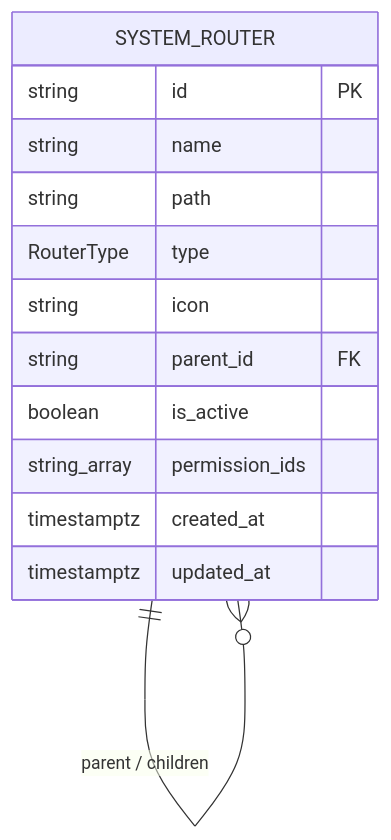
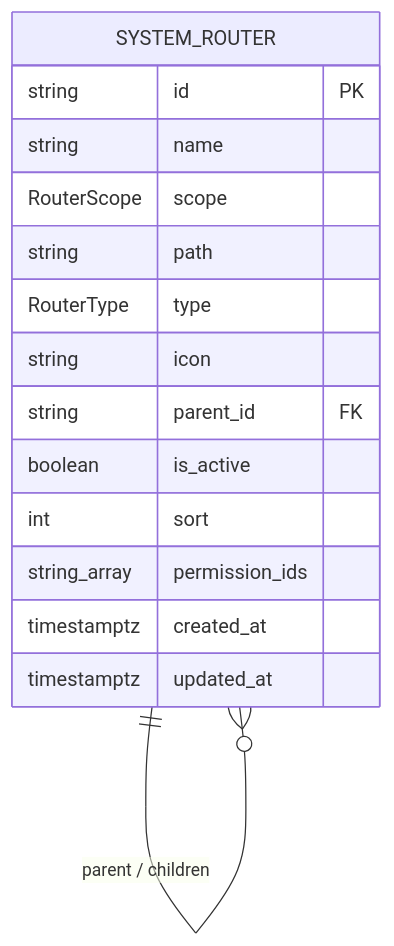
One commit to CaiBaoCaiBao/portal changed the third of 3 diagrams in doc/system-primary-design.md. Above: the diagram before and after it, drawn with Mermaid. The commit also changed other lines of this file and 5 other files, not shown here.

````diff
--- a/doc/system-primary-design.md
+++ b/doc/system-primary-design.md
@@ -175,17 +175,19 @@
 ```mermaid
 erDiagram
   SYSTEM_ROUTER ||--o{ SYSTEM_ROUTER : "parent / children"
 
   SYSTEM_ROUTER {
     string id PK
     string name
+    RouterScope scope
     string path
     RouterType type
     string icon
     string parent_id FK
     boolean is_active
+    int sort
     string_array permission_ids
     timestamptz created_at
     timestamptz updated_at
   }
 ```
````
